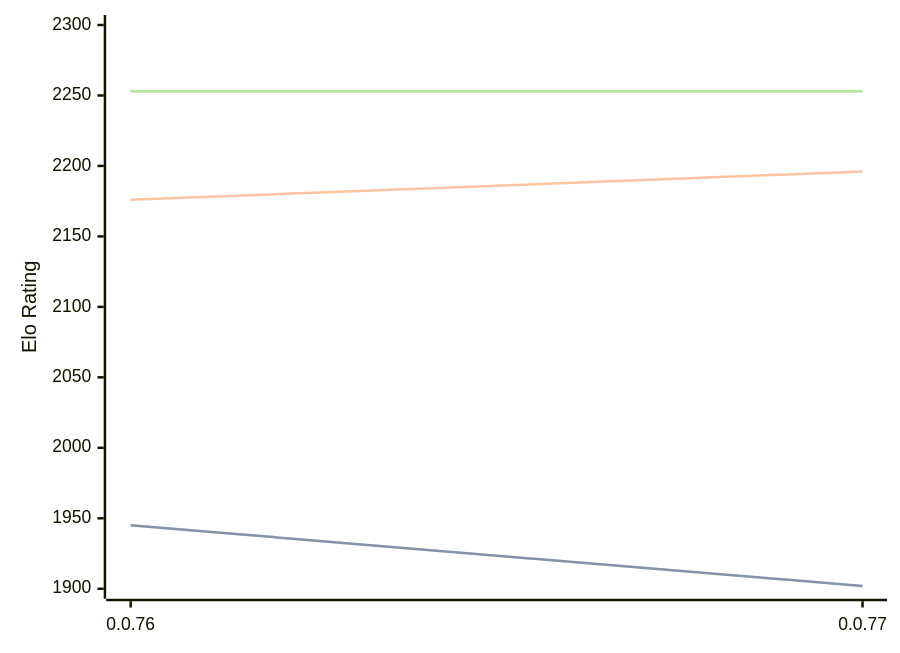
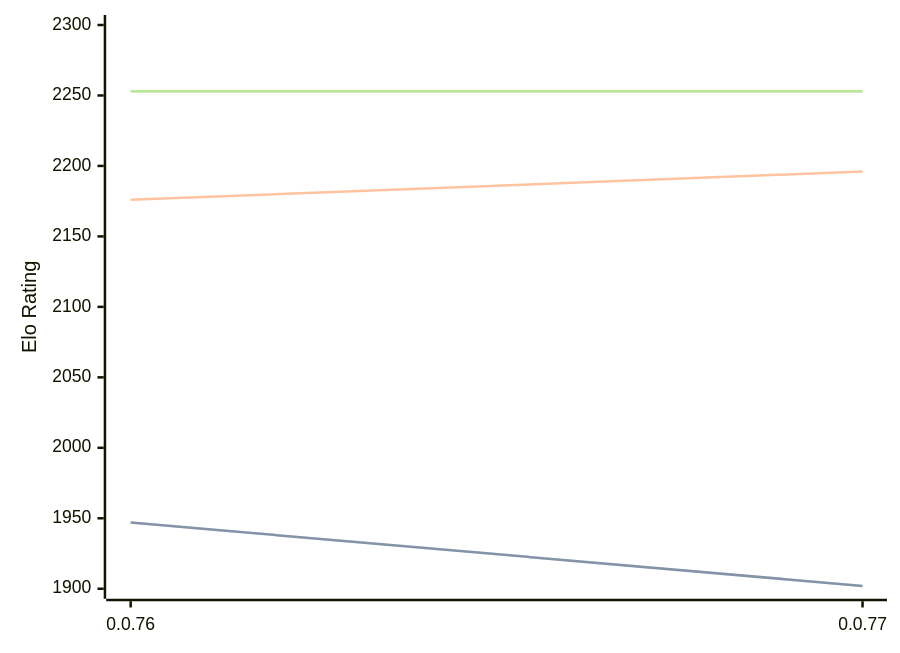
One commit to computer-chess-index/cci changed the diagram in engines/Fktb.md. Above: the diagram before and after it, drawn with Mermaid. The commit also changed other lines of this file, not shown here.

````diff
--- a/engines/Fktb.md
+++ b/engines/Fktb.md
@@ -30,11 +30,11 @@
 ```mermaid
 %%{init: {"theme":"base","themeVariables":{"seriesColors:['#a3a3a3','#222221','#faa371']}}}%%
 xychart-beta
   x-axis ["0.0.76", "0.0.77"]
   y-axis "Elo Rating" 1900 --> 2300
-  line "STC (8.0+0.08s)" [1945, 1902]
-  line "STC (8.0+0.08s)" [1945, 1902]
+  line "STC (8.0+0.08s)" [1947, 1902]
+  line "STC (8.0+0.08s)" [1947, 1902]
   line "LTC (60.0+0.60s)" [2176, 2196]
   line "VLTC (2m24s+1.12s)" [2253, 2253]
   line "VLTC (2m24s+1.12s)" [2253, 2253]
 ```
````
